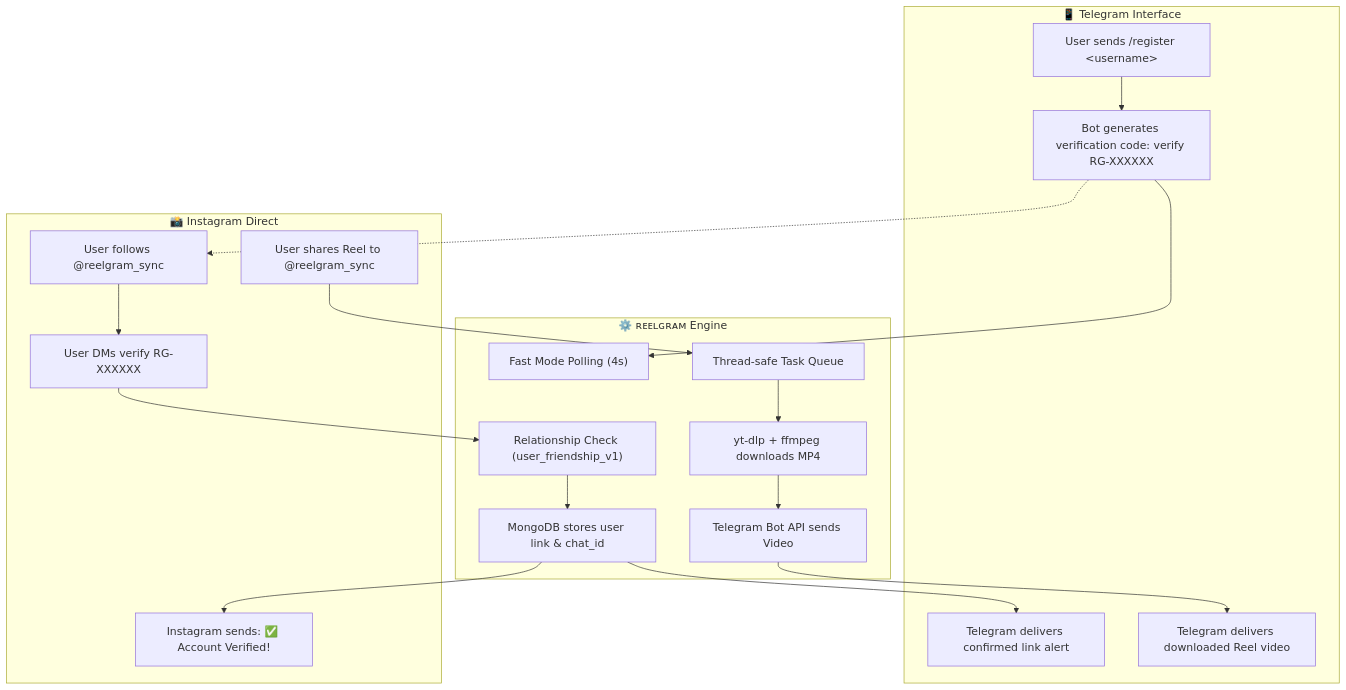
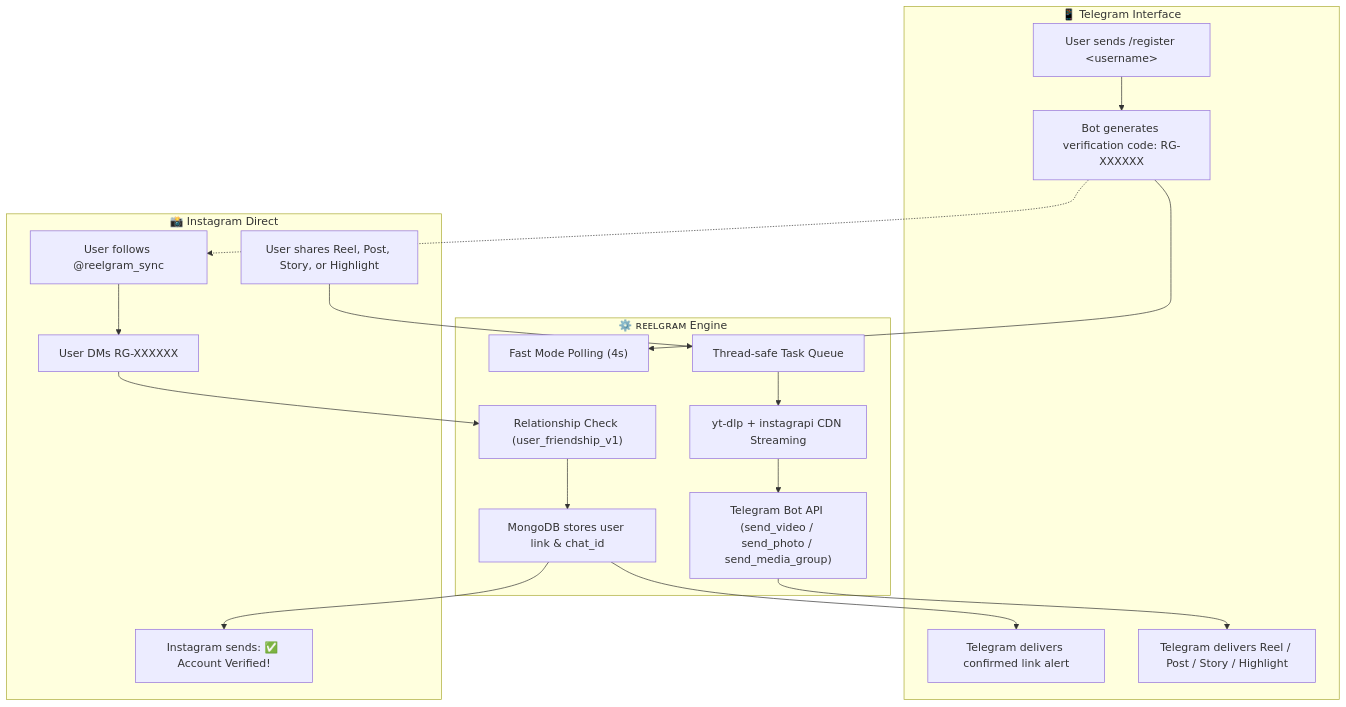
One commit to MrTG-CodeBot/Reel-Gram changed the diagram in README.md. Above: the diagram before and after it, drawn with Mermaid. The commit also changed other lines of this file and 16 other files, not shown here.

Commit message:
feat: add story and highlight downloads, clean captions, and refine docs

````diff
--- a/README.md
+++ b/README.md
@@ -51,38 +56,38 @@
 ```mermaid
 flowchart TD
     subgraph Telegram ["📱 Telegram Interface"]
         TG_User["User sends /register &lt;username&gt;"]
-        TG_Code["Bot generates verification code: verify RG-XXXXXX"]
+        TG_Code["Bot generates verification code: RG-XXXXXX"]
         TG_Success["Telegram delivers confirmed link alert"]
-        TG_Reel["Telegram delivers downloaded Reel video"]
+        TG_Media["Telegram delivers Reel / Post / Story / Highlight"]
     end
 
     subgraph Instagram ["📸 Instagram Direct"]
         IG_Follow["User follows @reelgram_sync"]
-        IG_DM["User DMs verify RG-XXXXXX"]
+        IG_DM["User DMs RG-XXXXXX"]
         IG_Reply["Instagram sends: ✅ Account Verified!"]
-        IG_SendReel["User shares Reel to @reelgram_sync"]
+        IG_SendMedia["User shares Reel, Post, Story, or Highlight"]
     end
 
     subgraph Backend ["⚙️ ʀᴇᴇʟɢʀᴀᴍ Engine"]
         FastPoll["Fast Mode Polling (4s)"]
         FollowCheck["Relationship Check (user_friendship_v1)"]
         DBSync["MongoDB stores user link & chat_id"]
         WorkerQueue["Thread-safe Task Queue"]
-        Downloader["yt-dlp + ffmpeg downloads MP4"]
-        Uploader["Telegram Bot API sends Video"]
+        Downloader["yt-dlp + instagrapi CDN Streaming"]
+        Uploader["Telegram Bot API (send_video / send_photo / send_media_group)"]
     end
 
     TG_User --> TG_Code
     TG_Code --> FastPoll
     TG_Code -.-> IG_Follow
     IG_Follow --> IG_DM
     IG_DM --> FollowCheck
     FollowCheck --> DBSync
     DBSync --> IG_Reply
     DBSync --> TG_Success
-    IG_SendReel --> WorkerQueue
+    IG_SendMedia --> WorkerQueue
     WorkerQueue --> Downloader
     Downloader --> Uploader
-    Uploader --> TG_Reel
+    Uploader --> TG_Media
 ```
````
